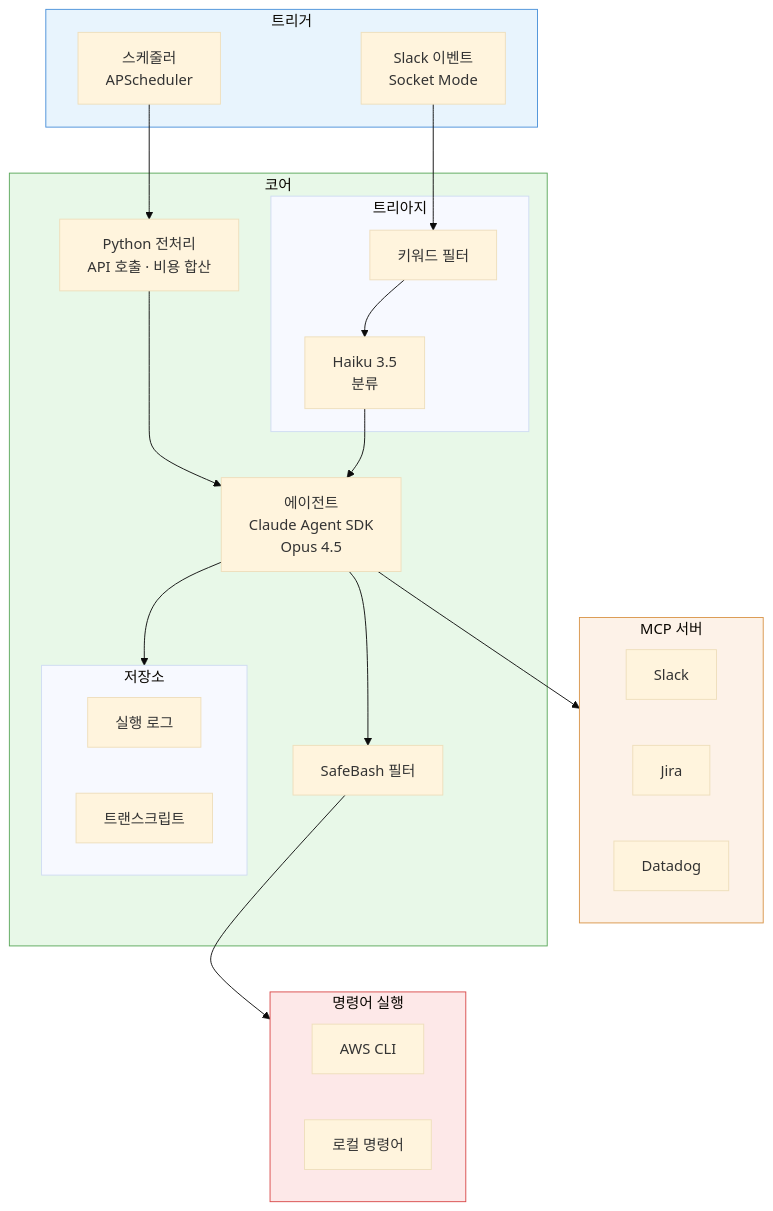
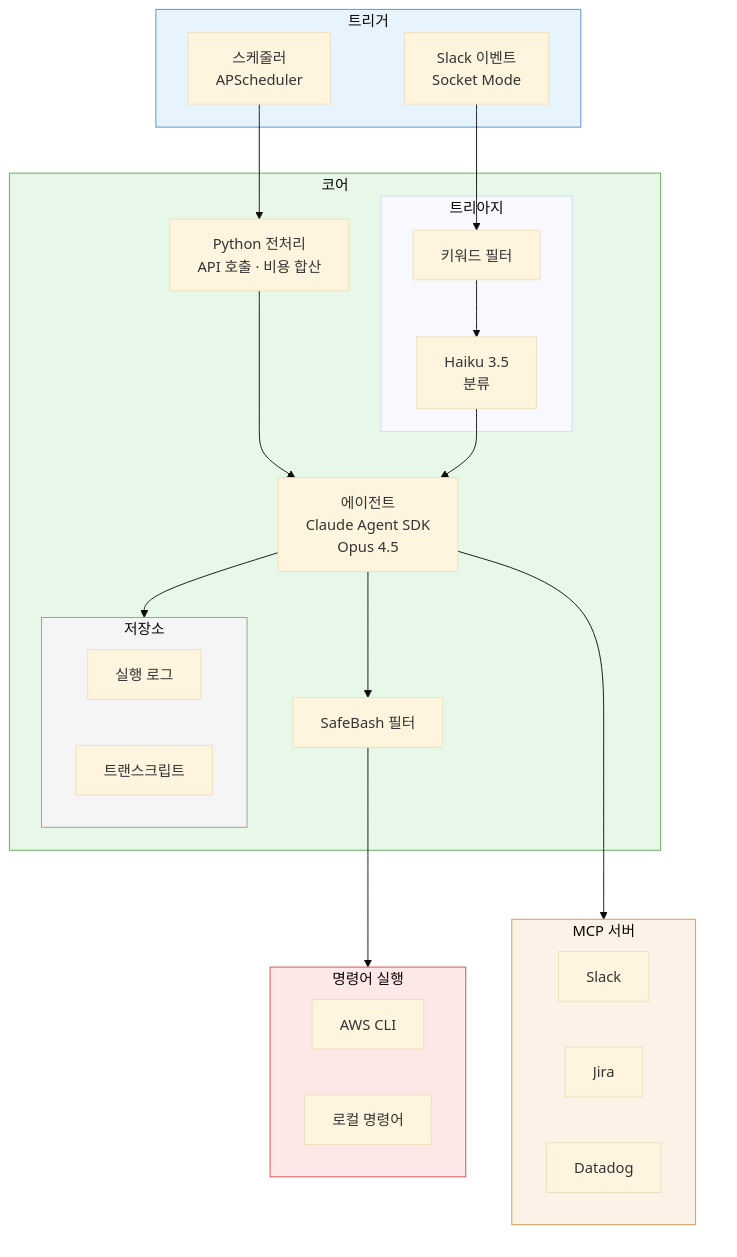
Before and after one commit to kimduksoo/duksoo-tech-blog: the first of 3 diagrams in content/ai/ai-infra-automation.md, drawn with Mermaid (base theme).

Commit message:
MCP/CLI 도구 그룹으로 묶어 코어 옆 배치

````diff
--- a/content/ai/ai-infra-automation.md
+++ b/content/ai/ai-infra-automation.md
@@ -26,44 +26,45 @@
 ```mermaid
 flowchart TB
     subgraph 트리거
         Cron[스케줄러<br/>APScheduler]
         Event[Slack 이벤트<br/>Socket Mode]
     end
 
-    subgraph MCP[MCP 서버]
-        S[Slack]
-        J[Jira]
-        D[Datadog]
+    subgraph 도구[" "]
+        subgraph MCP[MCP 서버]
+            S[Slack]
+            J[Jira]
+            D[Datadog]
+        end
+        subgraph CLI[명령어 실행]
+            AWS[AWS CLI]
+            Local[로컬 명령어]
+        end
     end
 
     subgraph 코어
         subgraph 트리아지
             KW[키워드 필터] --> Haiku[Haiku 3.5<br/>분류]
         end
         Pre[Python 전처리<br/>API 호출 · 비용 합산] --> Agent[에이전트<br/>Claude Agent SDK<br/>Opus 4.5]
         Haiku --> Agent
         Agent --> Safe[SafeBash 필터]
         subgraph 저장소
             Log[실행 로그]
             Transcript[트랜스크립트]
         end
         Agent --> 저장소
     end
 
-    subgraph CLI[명령어 실행]
-        AWS[AWS CLI]
-        Local[로컬 명령어]
-    end
-
     Cron --> Pre
     Event --> KW
     Agent --> MCP
     Safe --> CLI
-    트리아지 ~~~ MCP
-    Safe ~~~ CLI
 
     style 트리거 fill:#e8f4fd,stroke:#4a90d9
+    style 도구 fill:none,stroke:none
     style 코어 fill:#e8f8e8,stroke:#5ba85b
     style MCP fill:#fdf2e8,stroke:#d9964a
     style CLI fill:#fde8e8,stroke:#d94a4a
+    style 저장소 fill:#f5f5f5,stroke:#999999
 ```
````
